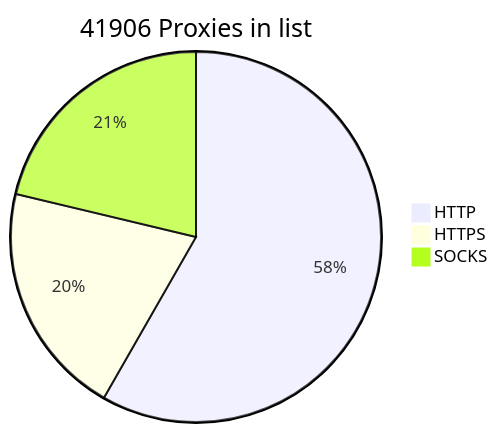
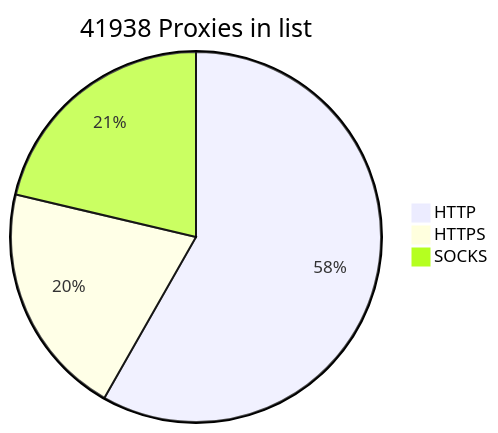
Before and after one commit to BlackSnowDot/proxylist-update-every-minute: the diagram in README.md, drawn with Mermaid.

````diff
--- a/README.md
+++ b/README.md
@@ -2,6 +2,6 @@
 ```mermaid
-pie title 41906 Proxies in list
-    "HTTP" : 28264
-    "HTTPS": 9922
-    "SOCKS" : 10315
+pie title 41938 Proxies in list
+    "HTTP" : 28268
+    "HTTPS": 9926
+    "SOCKS" : 10345
 ```
````
